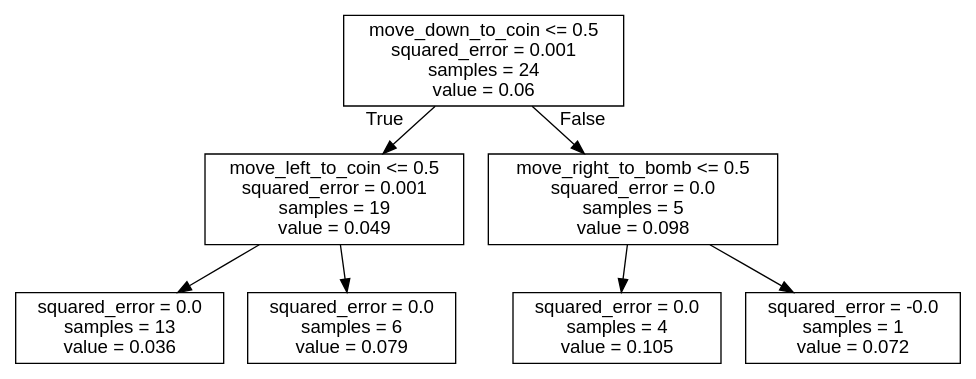
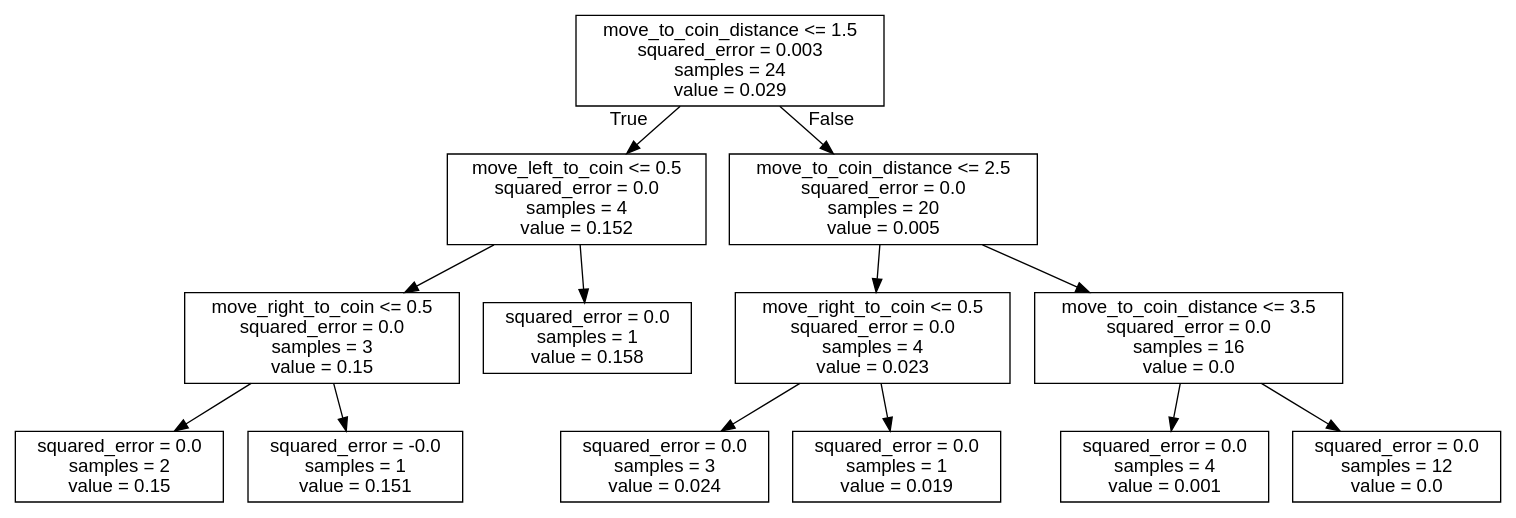
Before and after one commit to J-Gann/FML: the diagram in bomberman_rl/agent_code/my_agent/trees/BOMB.dot, drawn with Graphviz. The commit also changed 10 other files, not shown here.

```diff
--- a/bomberman_rl/agent_code/my_agent/trees/BOMB.dot
+++ b/bomberman_rl/agent_code/my_agent/trees/BOMB.dot
@@ -1,17 +1,29 @@
 digraph Tree {
 node [shape=box, fontname="helvetica"] ;
 edge [fontname="helvetica"] ;
-0 [label="move_down_to_coin <= 0.5\nsquared_error = 0.001\nsamples = 24\nvalue = 0.06"] ;
-1 [label="move_left_to_coin <= 0.5\nsquared_error = 0.001\nsamples = 19\nvalue = 0.049"] ;
+0 [label="move_to_coin_distance <= 1.5\nsquared_error = 0.003\nsamples = 24\nvalue = 0.029"] ;
+1 [label="move_left_to_coin <= 0.5\nsquared_error = 0.0\nsamples = 4\nvalue = 0.152"] ;
 0 -> 1 [labeldistance=2.5, labelangle=45, headlabel="True"] ;
-2 [label="squared_error = 0.0\nsamples = 13\nvalue = 0.036"] ;
+2 [label="move_right_to_coin <= 0.5\nsquared_error = 0.0\nsamples = 3\nvalue = 0.15"] ;
 1 -> 2 ;
-3 [label="squared_error = 0.0\nsamples = 6\nvalue = 0.079"] ;
-1 -> 3 ;
-4 [label="move_right_to_bomb <= 0.5\nsquared_error = 0.0\nsamples = 5\nvalue = 0.098"] ;
-0 -> 4 [labeldistance=2.5, labelangle=-45, headlabel="False"] ;
-5 [label="squared_error = 0.0\nsamples = 4\nvalue = 0.105"] ;
-4 -> 5 ;
-6 [label="squared_error = -0.0\nsamples = 1\nvalue = 0.072"] ;
-4 -> 6 ;
+3 [label="squared_error = 0.0\nsamples = 2\nvalue = 0.15"] ;
+2 -> 3 ;
+4 [label="squared_error = -0.0\nsamples = 1\nvalue = 0.151"] ;
+2 -> 4 ;
+5 [label="squared_error = 0.0\nsamples = 1\nvalue = 0.158"] ;
+1 -> 5 ;
+6 [label="move_to_coin_distance <= 2.5\nsquared_error = 0.0\nsamples = 20\nvalue = 0.005"] ;
+0 -> 6 [labeldistance=2.5, labelangle=-45, headlabel="False"] ;
+7 [label="move_right_to_coin <= 0.5\nsquared_error = 0.0\nsamples = 4\nvalue = 0.023"] ;
+6 -> 7 ;
+8 [label="squared_error = 0.0\nsamples = 3\nvalue = 0.024"] ;
+7 -> 8 ;
+9 [label="squared_error = 0.0\nsamples = 1\nvalue = 0.019"] ;
+7 -> 9 ;
+10 [label="move_to_coin_distance <= 3.5\nsquared_error = 0.0\nsamples = 16\nvalue = 0.0"] ;
+6 -> 10 ;
+11 [label="squared_error = 0.0\nsamples = 4\nvalue = 0.001"] ;
+10 -> 11 ;
+12 [label="squared_error = 0.0\nsamples = 12\nvalue = 0.0"] ;
+10 -> 12 ;
 }
```
